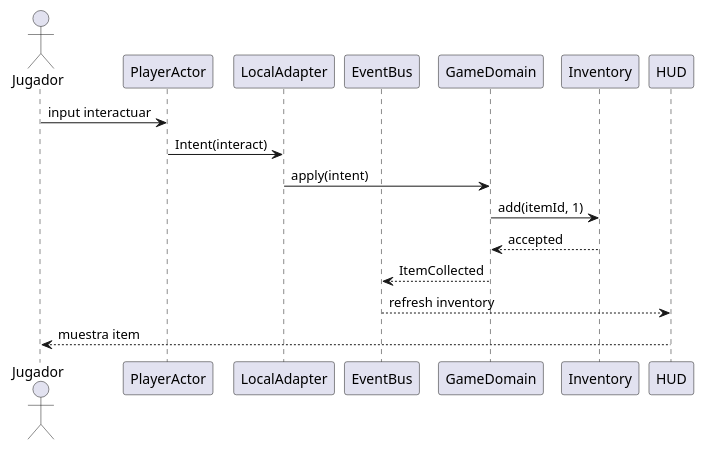
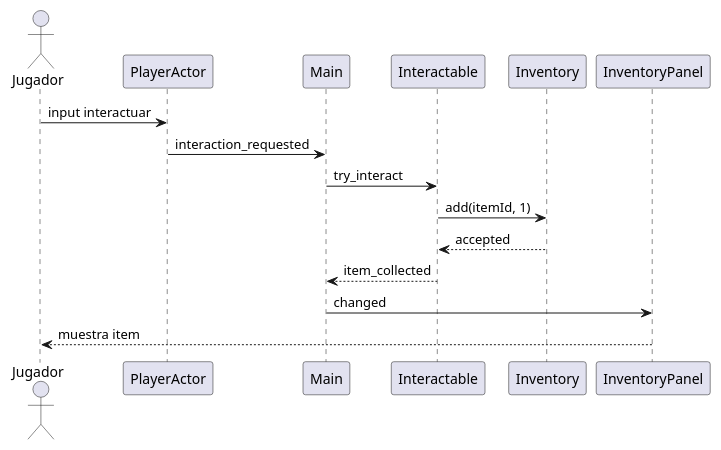
Before and after one commit to EchoBit3/Penguin-legacy: the diagram in docs/assets/05-core-loop-sequence.puml, drawn with PlantUML. The commit also changed 5 other files, not shown here.

```diff
--- a/docs/assets/05-core-loop-sequence.puml
+++ b/docs/assets/05-core-loop-sequence.puml
@@ -1,19 +1,18 @@
 @startuml
 
 actor Jugador
 participant "PlayerActor" as Actor
-participant "LocalAdapter" as Adapter
-participant "EventBus" as Events
-participant "GameDomain" as Domain
+participant "Main" as Main
+participant "Interactable" as Item
 participant "Inventory" as Inventory
-participant "HUD" as Hud
+participant "InventoryPanel" as Panel
 
 Jugador -> Actor: input interactuar
-Actor -> Adapter: Intent(interact)
-Adapter -> Domain: apply(intent)
-Domain -> Inventory: add(itemId, 1)
-Inventory --> Domain: accepted
-Domain --> Events: ItemCollected
-Events --> Hud: refresh inventory
-Hud --> Jugador: muestra item
+Actor -> Main: interaction_requested
+Main -> Item: try_interact
+Item -> Inventory: add(itemId, 1)
+Inventory --> Item: accepted
+Item --> Main: item_collected
+Main -> Panel: changed
+Panel --> Jugador: muestra item
 @enduml
```
